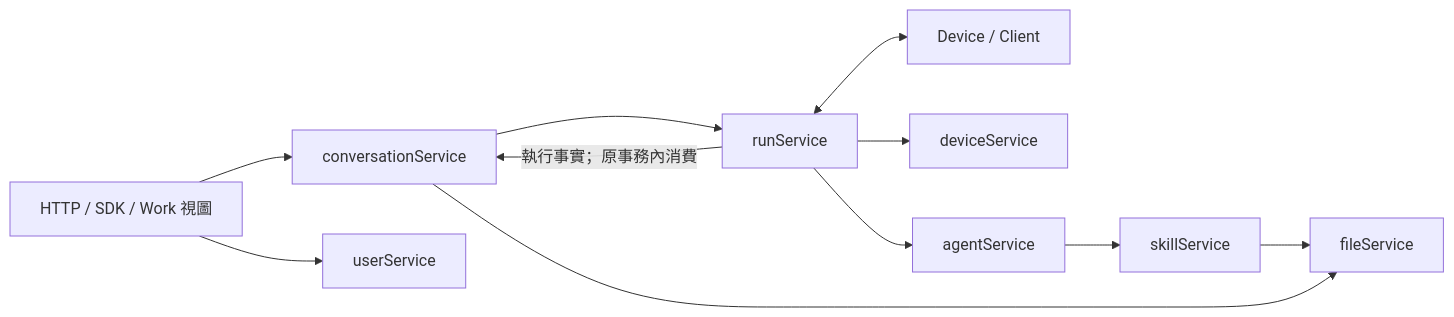
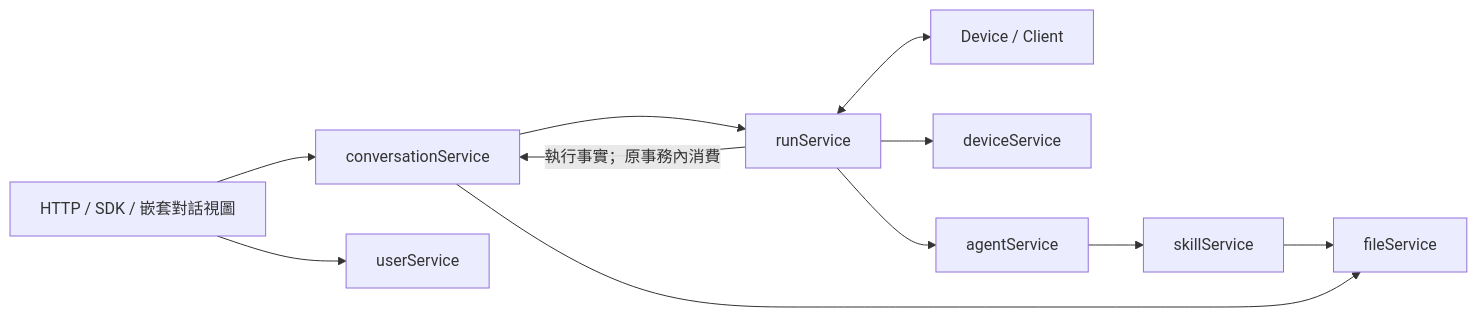
The first of 2 diagrams in designs/v3/server-main.md (memory-co/agentuse), drawn with Mermaid before and after one commit. The commit also changed other lines of this file and 16 other files, not shown here.

First line of the commit message:
Rename Work scenario design to server-conversation-nest

````diff
--- a/designs/v3/server-main.md
+++ b/designs/v3/server-main.md
@@ -27,13 +27,13 @@
 ```mermaid
 flowchart LR
-    API["HTTP / SDK / Work 視圖"] --> C[conversationService]
+    API["HTTP / SDK / 嵌套對話視圖"] --> C[conversationService]
     C --> R[runService]
     R -->|執行事實；原事務內消費| C
     R <--> Client["Device / Client"]
     API --> U[userService]
     R --> D[deviceService]
     R --> A[agentService]
     A --> S[skillService]
     S --> F[fileService]
     C --> F
 ```
````
